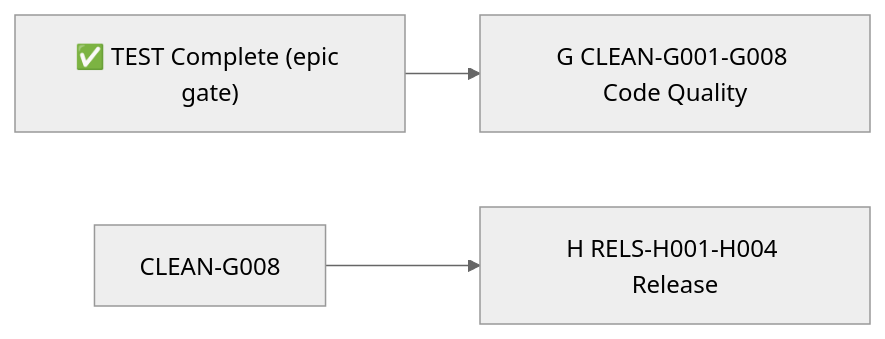
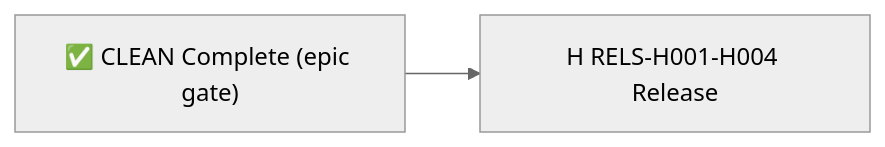
Before and after one commit to Tuvren/skillprism: the diagram in .constitution/tasks/critical-path.md, drawn with Mermaid (neutral theme). The commit also changed other lines of this file and 12 other files, not shown here.

First line of the commit message:
Epic G: Code Quality — clean dead code, lint allows, and YAML crate spike (#10)

````diff
--- a/.constitution/tasks/critical-path.md
+++ b/.constitution/tasks/critical-path.md
@@ -16,6 +16,5 @@
 ```mermaid
 flowchart LR
-  TEST_DONE["✅ TEST Complete (epic gate)"]
-  TEST_DONE --> CLEAN-G001["G CLEAN-G001-G008 Code Quality"]
-  CLEAN-G008 --> RELS-H001["H RELS-H001-H004 Release"]
+  CLEAN_DONE["✅ CLEAN Complete (epic gate)"]
+  CLEAN_DONE --> RELS-H001["H RELS-H001-H004 Release"]
 ```
````
